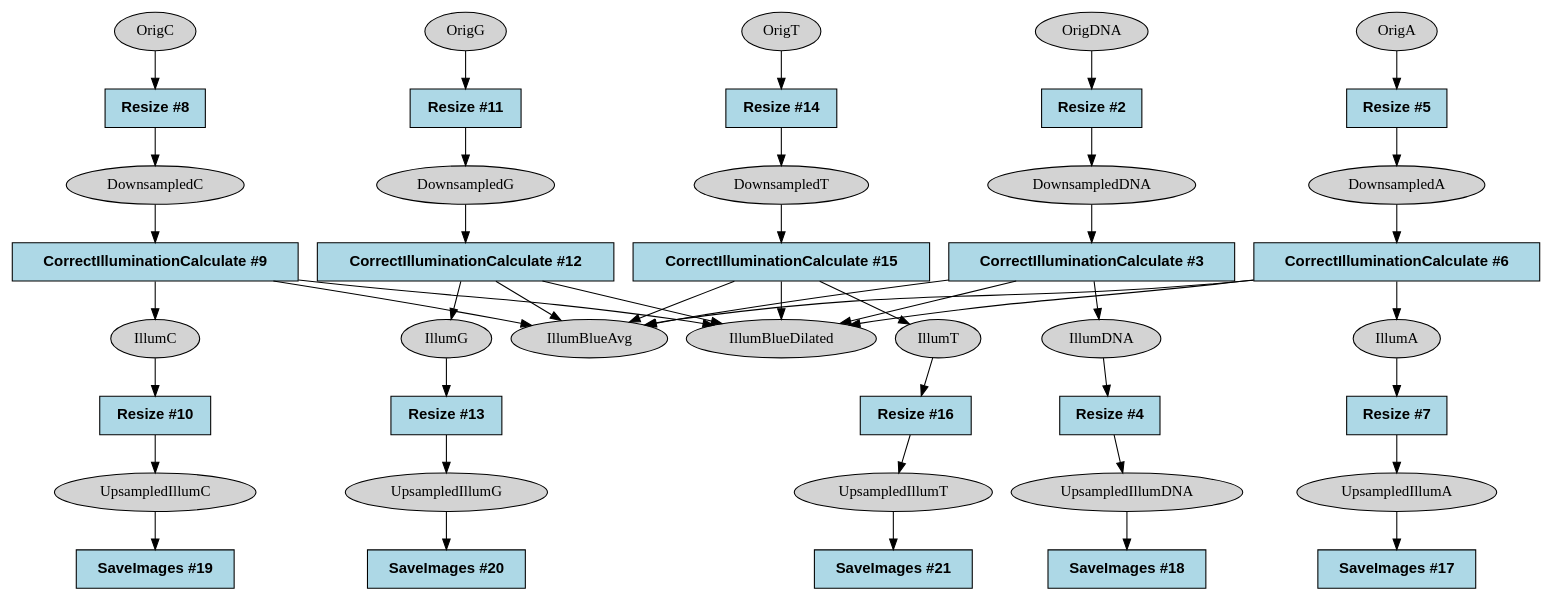
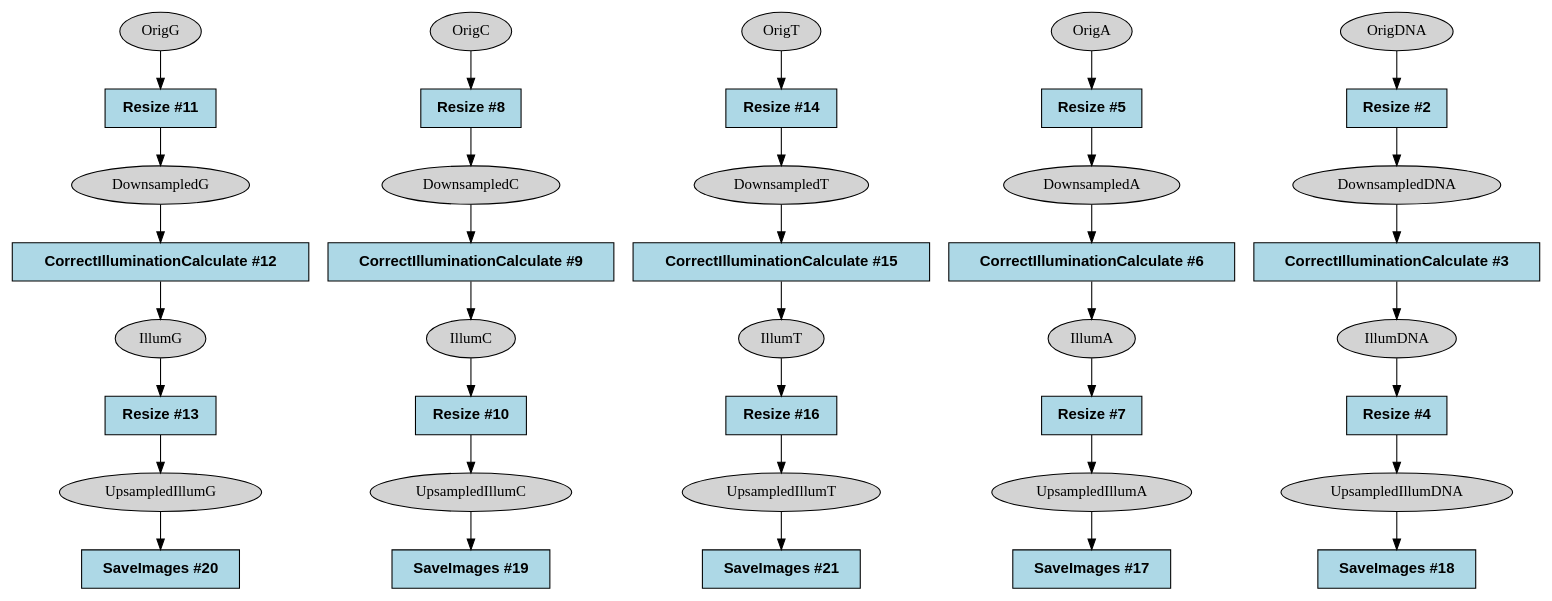
The diagram in docs/tester/assets/pcpip-pipelines/_ref_graph_format/dot/ref_5_BC_Illum.dot (broadinstitute/starrynight), drawn with Graphviz before and after one commit. The commit also changed 22 other files, not shown here.

Commit message:
doc(starrynight): update graphs

```diff
--- a/docs/tester/assets/pcpip-pipelines/_ref_graph_format/dot/ref_5_BC_Illum.dot
+++ b/docs/tester/assets/pcpip-pipelines/_ref_graph_format/dot/ref_5_BC_Illum.dot
@@ -1,89 +1,80 @@
 strict digraph {
 CorrectIlluminationCalculate_64a10849 [type=module, label="CorrectIlluminationCalculate #12", module_name=CorrectIlluminationCalculate, module_num=12, original_num=12, stable_id="CorrectIlluminationCalculate_64a10849", enabled=True, shape=box, style=filled, fontname="Helvetica-Bold", fillcolor=lightblue];
 CorrectIlluminationCalculate_6ec6ba36 [type=module, label="CorrectIlluminationCalculate #9", module_name=CorrectIlluminationCalculate, module_num=9, original_num=9, stable_id="CorrectIlluminationCalculate_6ec6ba36", enabled=True, shape=box, style=filled, fontname="Helvetica-Bold", fillcolor=lightblue];
 CorrectIlluminationCalculate_794dc52b [type=module, label="CorrectIlluminationCalculate #15", module_name=CorrectIlluminationCalculate, module_num=15, original_num=15, stable_id="CorrectIlluminationCalculate_794dc52b", enabled=True, shape=box, style=filled, fontname="Helvetica-Bold", fillcolor=lightblue];
 CorrectIlluminationCalculate_b9384aaa [type=module, label="CorrectIlluminationCalculate #6", module_name=CorrectIlluminationCalculate, module_num=6, original_num=6, stable_id="CorrectIlluminationCalculate_b9384aaa", enabled=True, shape=box, style=filled, fontname="Helvetica-Bold", fillcolor=lightblue];
 CorrectIlluminationCalculate_e3750f2a [type=module, label="CorrectIlluminationCalculate #3", module_name=CorrectIlluminationCalculate, module_num=3, original_num=3, stable_id="CorrectIlluminationCalculate_e3750f2a", enabled=True, shape=box, style=filled, fontname="Helvetica-Bold", fillcolor=lightblue];
 Resize_32606b38 [type=module, label="Resize #2", module_name=Resize, module_num=2, original_num=2, stable_id="Resize_32606b38", enabled=True, shape=box, style=filled, fontname="Helvetica-Bold", fillcolor=lightblue];
 Resize_5f66d6a6 [type=module, label="Resize #7", module_name=Resize, module_num=7, original_num=7, stable_id="Resize_5f66d6a6", enabled=True, shape=box, style=filled, fontname="Helvetica-Bold", fillcolor=lightblue];
 Resize_67d834a7 [type=module, label="Resize #8", module_name=Resize, module_num=8, original_num=8, stable_id="Resize_67d834a7", enabled=True, shape=box, style=filled, fontname="Helvetica-Bold", fillcolor=lightblue];
 Resize_774d03d7 [type=module, label="Resize #13", module_name=Resize, module_num=13, original_num=13, stable_id="Resize_774d03d7", enabled=True, shape=box, style=filled, fontname="Helvetica-Bold", fillcolor=lightblue];
 Resize_98d2757f [type=module, label="Resize #11", module_name=Resize, module_num=11, original_num=11, stable_id="Resize_98d2757f", enabled=True, shape=box, style=filled, fontname="Helvetica-Bold", fillcolor=lightblue];
 Resize_a3b11500 [type=module, label="Resize #4", module_name=Resize, module_num=4, original_num=4, stable_id="Resize_a3b11500", enabled=True, shape=box, style=filled, fontname="Helvetica-Bold", fillcolor=lightblue];
 Resize_a7dba801 [type=module, label="Resize #14", module_name=Resize, module_num=14, original_num=14, stable_id="Resize_a7dba801", enabled=True, shape=box, style=filled, fontname="Helvetica-Bold", fillcolor=lightblue];
 Resize_b62893b [type=module, label="Resize #16", module_name=Resize, module_num=16, original_num=16, stable_id="Resize_b62893b", enabled=True, shape=box, style=filled, fontname="Helvetica-Bold", fillcolor=lightblue];
 Resize_ca7cb3e5 [type=module, label="Resize #10", module_name=Resize, module_num=10, original_num=10, stable_id="Resize_ca7cb3e5", enabled=True, shape=box, style=filled, fontname="Helvetica-Bold", fillcolor=lightblue];
 Resize_fed3fa8c [type=module, label="Resize #5", module_name=Resize, module_num=5, original_num=5, stable_id="Resize_fed3fa8c", enabled=True, shape=box, style=filled, fontname="Helvetica-Bold", fillcolor=lightblue];
 SaveImages_25230cf0 [type=module, label="SaveImages #17", module_name=SaveImages, module_num=17, original_num=17, stable_id="SaveImages_25230cf0", enabled=True, shape=box, style=filled, fontname="Helvetica-Bold", fillcolor=lightblue];
 SaveImages_445ce30e [type=module, label="SaveImages #20", module_name=SaveImages, module_num=20, original_num=20, stable_id="SaveImages_445ce30e", enabled=True, shape=box, style=filled, fontname="Helvetica-Bold", fillcolor=lightblue];
 SaveImages_4cf7a938 [type=module, label="SaveImages #18", module_name=SaveImages, module_num=18, original_num=18, stable_id="SaveImages_4cf7a938", enabled=True, shape=box, style=filled, fontname="Helvetica-Bold", fillcolor=lightblue];
 SaveImages_a33ceda0 [type=module, label="SaveImages #21", module_name=SaveImages, module_num=21, original_num=21, stable_id="SaveImages_a33ceda0", enabled=True, shape=box, style=filled, fontname="Helvetica-Bold", fillcolor=lightblue];
 SaveImages_e7bb47f5 [type=module, label="SaveImages #19", module_name=SaveImages, module_num=19, original_num=19, stable_id="SaveImages_e7bb47f5", enabled=True, shape=box, style=filled, fontname="Helvetica-Bold", fillcolor=lightblue];
 image__DownsampledA [type=image, label=DownsampledA, shape=ellipse, style=filled, fillcolor=lightgray];
 image__DownsampledC [type=image, label=DownsampledC, shape=ellipse, style=filled, fillcolor=lightgray];
 image__DownsampledDNA [type=image, label=DownsampledDNA, shape=ellipse, style=filled, fillcolor=lightgray];
 image__DownsampledG [type=image, label=DownsampledG, shape=ellipse, style=filled, fillcolor=lightgray];
 image__DownsampledT [type=image, label=DownsampledT, shape=ellipse, style=filled, fillcolor=lightgray];
 image__IllumA [type=image, label=IllumA, shape=ellipse, style=filled, fillcolor=lightgray];
-image__IllumBlueAvg [type=image, label=IllumBlueAvg, shape=ellipse, style=filled, fillcolor=lightgray];
-image__IllumBlueDilated [type=image, label=IllumBlueDilated, shape=ellipse, style=filled, fillcolor=lightgray];
 image__IllumC [type=image, label=IllumC, shape=ellipse, style=filled, fillcolor=lightgray];
 image__IllumDNA [type=image, label=IllumDNA, shape=ellipse, style=filled, fillcolor=lightgray];
 image__IllumG [type=image, label=IllumG, shape=ellipse, style=filled, fillcolor=lightgray];
 image__IllumT [type=image, label=IllumT, shape=ellipse, style=filled, fillcolor=lightgray];
 image__OrigA [type=image, label=OrigA, shape=ellipse, style=filled, fillcolor=lightgray];
 image__OrigC [type=image, label=OrigC, shape=ellipse, style=filled, fillcolor=lightgray];
 image__OrigDNA [type=image, label=OrigDNA, shape=ellipse, style=filled, fillcolor=lightgray];
 image__OrigG [type=image, label=OrigG, shape=ellipse, style=filled, fillcolor=lightgray];
 image__OrigT [type=image, label=OrigT, shape=ellipse, style=filled, fillcolor=lightgray];
 image__UpsampledIllumA [type=image, label=UpsampledIllumA, shape=ellipse, style=filled, fillcolor=lightgray];
 image__UpsampledIllumC [type=image, label=UpsampledIllumC, shape=ellipse, style=filled, fillcolor=lightgray];
 image__UpsampledIllumDNA [type=image, label=UpsampledIllumDNA, shape=ellipse, style=filled, fillcolor=lightgray];
 image__UpsampledIllumG [type=image, label=UpsampledIllumG, shape=ellipse, style=filled, fillcolor=lightgray];
 image__UpsampledIllumT [type=image, label=UpsampledIllumT, shape=ellipse, style=filled, fillcolor=lightgray];
-CorrectIlluminationCalculate_64a10849 -> image__IllumBlueAvg [type="image_output"];
-CorrectIlluminationCalculate_64a10849 -> image__IllumBlueDilated [type="image_output"];
 CorrectIlluminationCalculate_64a10849 -> image__IllumG [type="image_output"];
-CorrectIlluminationCalculate_6ec6ba36 -> image__IllumBlueAvg [type="image_output"];
-CorrectIlluminationCalculate_6ec6ba36 -> image__IllumBlueDilated [type="image_output"];
 CorrectIlluminationCalculate_6ec6ba36 -> image__IllumC [type="image_output"];
-CorrectIlluminationCalculate_794dc52b -> image__IllumBlueAvg [type="image_output"];
-CorrectIlluminationCalculate_794dc52b -> image__IllumBlueDilated [type="image_output"];
 CorrectIlluminationCalculate_794dc52b -> image__IllumT [type="image_output"];
 CorrectIlluminationCalculate_b9384aaa -> image__IllumA [type="image_output"];
-CorrectIlluminationCalculate_b9384aaa -> image__IllumBlueAvg [type="image_output"];
-CorrectIlluminationCalculate_b9384aaa -> image__IllumBlueDilated [type="image_output"];
-CorrectIlluminationCalculate_e3750f2a -> image__IllumBlueAvg [type="image_output"];
-CorrectIlluminationCalculate_e3750f2a -> image__IllumBlueDilated [type="image_output"];
 CorrectIlluminationCalculate_e3750f2a -> image__IllumDNA [type="image_output"];
 Resize_32606b38 -> image__DownsampledDNA [type="image_output"];
 Resize_5f66d6a6 -> image__UpsampledIllumA [type="image_output"];
 Resize_67d834a7 -> image__DownsampledC [type="image_output"];
 Resize_774d03d7 -> image__UpsampledIllumG [type="image_output"];
 Resize_98d2757f -> image__DownsampledG [type="image_output"];
 Resize_a3b11500 -> image__UpsampledIllumDNA [type="image_output"];
 Resize_a7dba801 -> image__DownsampledT [type="image_output"];
 Resize_b62893b -> image__UpsampledIllumT [type="image_output"];
 Resize_ca7cb3e5 -> image__UpsampledIllumC [type="image_output"];
 Resize_fed3fa8c -> image__DownsampledA [type="image_output"];
 image__DownsampledA -> CorrectIlluminationCalculate_b9384aaa [type="image_input"];
 image__DownsampledC -> CorrectIlluminationCalculate_6ec6ba36 [type="image_input"];
 image__DownsampledDNA -> CorrectIlluminationCalculate_e3750f2a [type="image_input"];
 image__DownsampledG -> CorrectIlluminationCalculate_64a10849 [type="image_input"];
 image__DownsampledT -> CorrectIlluminationCalculate_794dc52b [type="image_input"];
 image__IllumA -> Resize_5f66d6a6 [type="image_input"];
 image__IllumC -> Resize_ca7cb3e5 [type="image_input"];
 image__IllumDNA -> Resize_a3b11500 [type="image_input"];
 image__IllumG -> Resize_774d03d7 [type="image_input"];
 image__IllumT -> Resize_b62893b [type="image_input"];
 image__OrigA -> Resize_fed3fa8c [type="image_input"];
 image__OrigC -> Resize_67d834a7 [type="image_input"];
 image__OrigDNA -> Resize_32606b38 [type="image_input"];
 image__OrigG -> Resize_98d2757f [type="image_input"];
 image__OrigT -> Resize_a7dba801 [type="image_input"];
 image__UpsampledIllumA -> SaveImages_25230cf0 [type="image_input"];
 image__UpsampledIllumC -> SaveImages_e7bb47f5 [type="image_input"];
 image__UpsampledIllumDNA -> SaveImages_4cf7a938 [type="image_input"];
 image__UpsampledIllumG -> SaveImages_445ce30e [type="image_input"];
 image__UpsampledIllumT -> SaveImages_a33ceda0 [type="image_input"];
+
+  {rank = min; image__OrigDNA; image__OrigA; image__OrigC; image__OrigG; image__OrigT;}
+  {rank = max; SaveImages_25230cf0; SaveImages_4cf7a938; SaveImages_e7bb47f5; SaveImages_445ce30e; SaveImages_a33ceda0;}
 }
```
